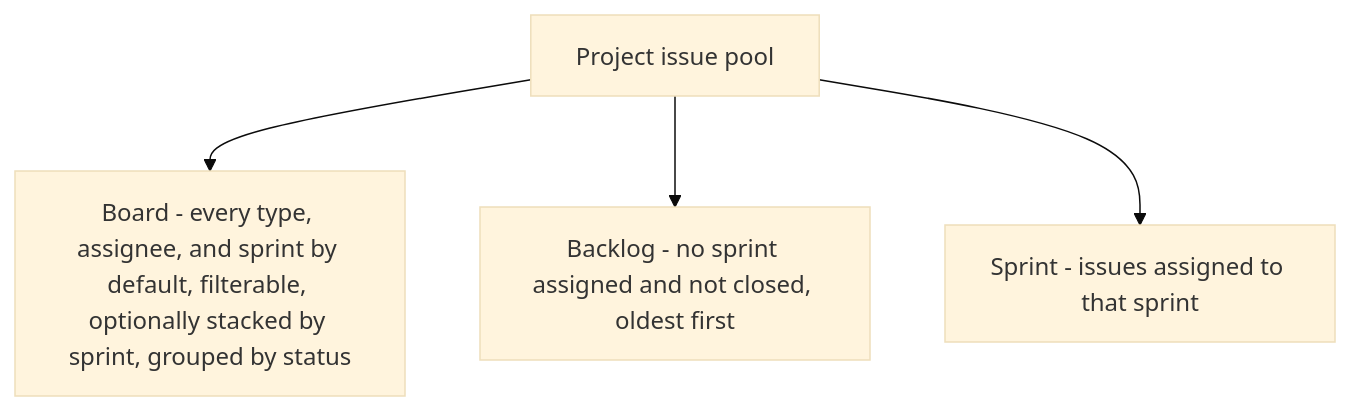
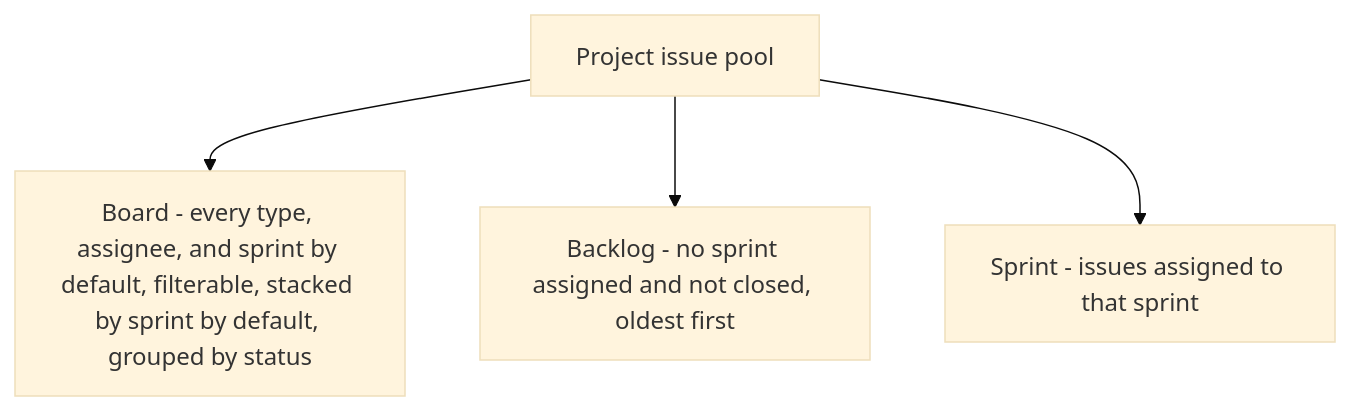
One commit to Mathotics/Keel changed the second of 3 diagrams in docs/adr/ADR-013.md. Above: the diagram before and after it, drawn with Mermaid (base theme). The commit also changed other lines of this file and 8 other files, not shown here.

Commit message:
Turn separate-by-sprint on by default so a board opens with cards already stacked by sprint.

````diff
--- a/docs/adr/ADR-013.md
+++ b/docs/adr/ADR-013.md
@@ -157,11 +159,11 @@
 ```mermaid
 flowchart TD
   pool["Project issue pool"]
-  board["Board - every type, assignee, and sprint by default, filterable, optionally stacked by sprint, grouped by status"]
+  board["Board - every type, assignee, and sprint by default, filterable, stacked by sprint by default, grouped by status"]
   backlog["Backlog - no sprint assigned and not closed, oldest first"]
   sprint["Sprint - issues assigned to that sprint"]
 
   pool --> board
   pool --> backlog
   pool --> sprint
 ```
````
